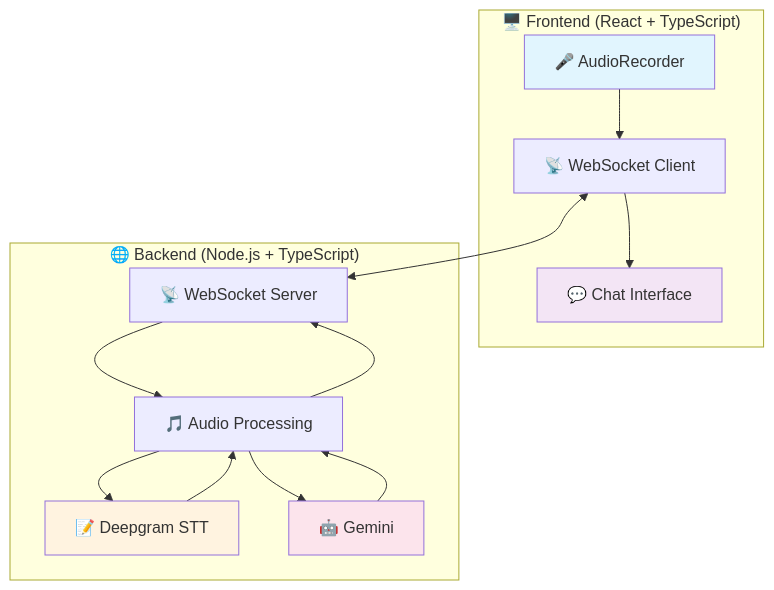
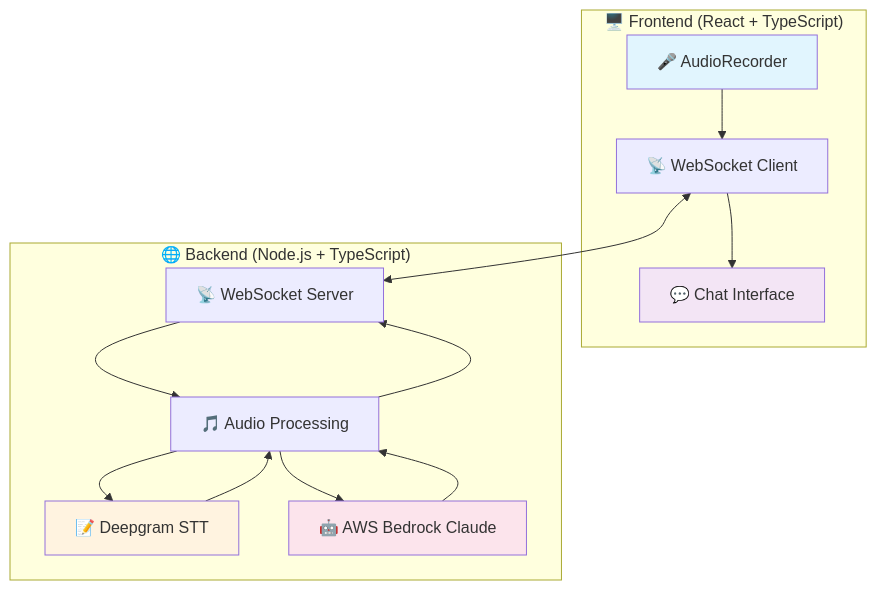
The diagram in docs/etapa-02/index.md (NirtonAfonso/workshop-agente-conversacional), drawn with Mermaid before and after one commit. The commit also changed other lines of this file and 45 other files, not shown here.

Commit message:
Add AWS Bedrock branch with Gemini TTS

````diff
--- a/docs/etapa-02/index.md
+++ b/docs/etapa-02/index.md
@@ -19,23 +19,23 @@
 ```{mermaid}
 graph TB
     subgraph "🖥️ Frontend (React + TypeScript)"
         A[🎤 AudioRecorder] --> B[📡 WebSocket Client]
         B --> C[💬 Chat Interface]
     end
 
     subgraph "🌐 Backend (Node.js + TypeScript)"
         D[📡 WebSocket Server] --> E[🎵 Audio Processing]
         E --> F[📝 Deepgram STT]
-        E --> G[🤖 Gemini]
+        E --> G[🤖 AWS Bedrock Claude]
     end
 
     B <--> D
     F --> E
     G --> E
     E --> D
 
     style A fill:#e1f5fe
     style C fill:#f3e5f5
     style F fill:#fff3e0
     style G fill:#fce4ec
 ```
````
